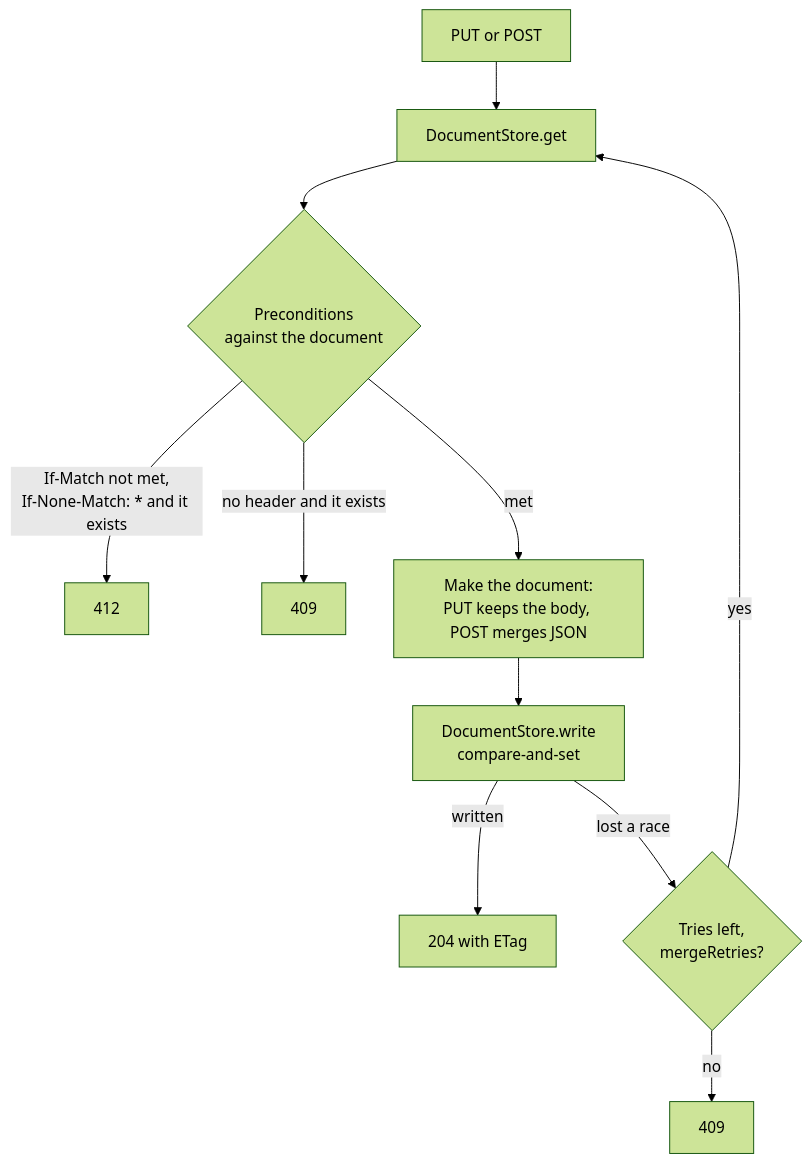
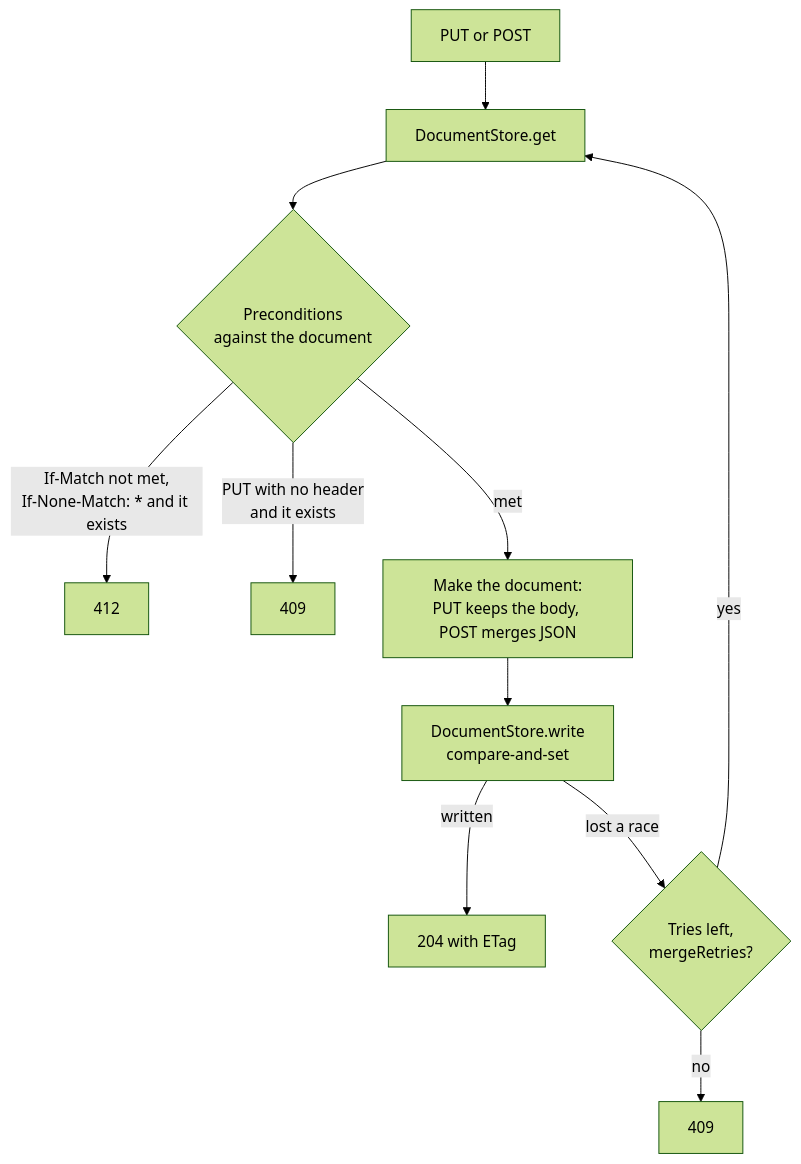
The second of 2 diagrams in docs/learning-records/store.md (interopkit/interopkit), drawn with Mermaid (forest theme) before and after one commit. The commit also changed other lines of this file and 27 other files, not shown here.

````diff
--- a/docs/learning-records/store.md
+++ b/docs/learning-records/store.md
@@ -196,13 +200,13 @@
 ```mermaid
 flowchart TD
   write["PUT or POST"] --> read["DocumentStore.get"]
   read --> judge{"Preconditions<br/>against the document"}
   judge -->|"If-Match not met,<br/>If-None-Match: * and it exists"| r412["412"]
-  judge -->|"no header and it exists"| r409["409"]
+  judge -->|"PUT with no header<br/>and it exists"| r409["409"]
   judge -->|"met"| make["Make the document:<br/>PUT keeps the body, POST merges JSON"]
   make --> cas["DocumentStore.write<br/>compare-and-set"]
   cas -->|"written"| r204["204 with ETag"]
   cas -->|"lost a race"| again{"Tries left,<br/>mergeRetries?"}
   again -->|"yes"| read
   again -->|"no"| r409b["409"]
 ```
````
